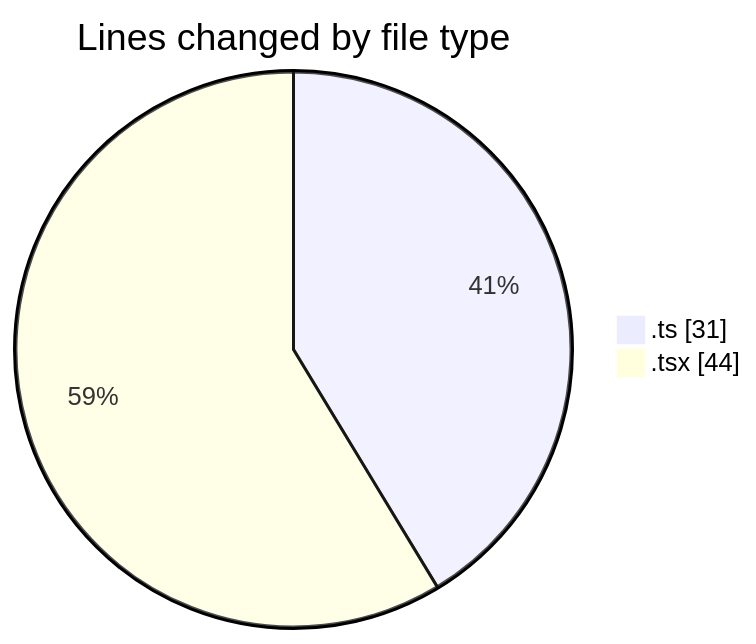
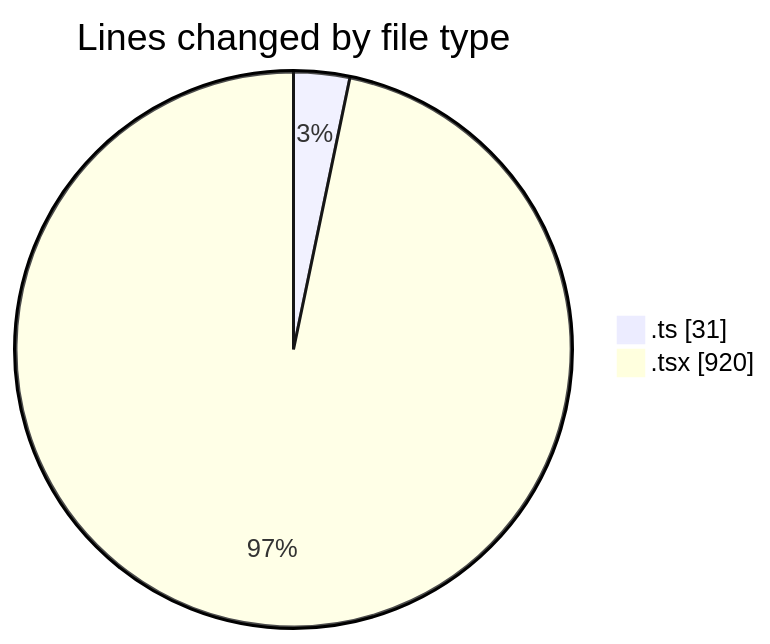
The first of 2 diagrams in 2026-04-24/nxtqube_webapp/README.md (nxtqubesakshisongat/code-tracking), drawn with Mermaid before and after one commit. The commit also changed other lines of this file and 1 other file, not shown here.

````diff
--- a/2026-04-24/nxtqube_webapp/README.md
+++ b/2026-04-24/nxtqube_webapp/README.md
@@ -21,6 +22,6 @@
 ```mermaid
 pie showData
 title Lines changed by file type
 ".ts" : 31
-".tsx" : 44
+".tsx" : 920
 ```
````
